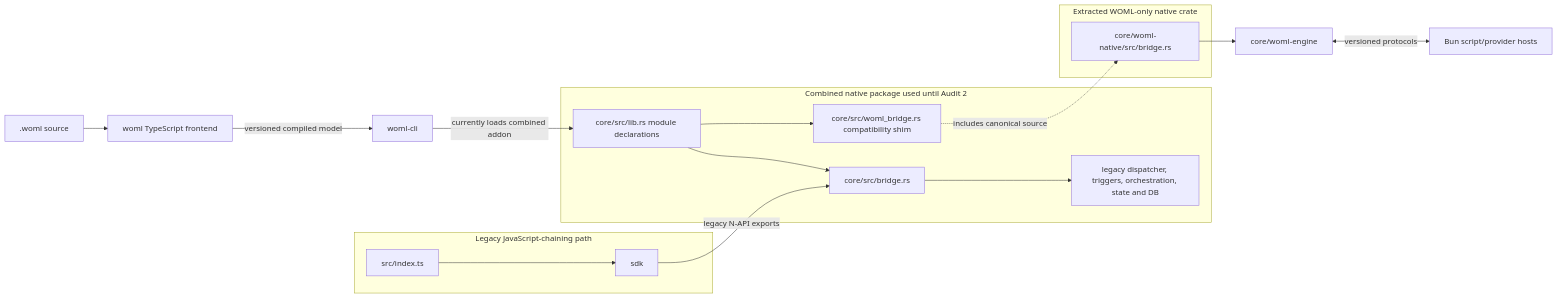
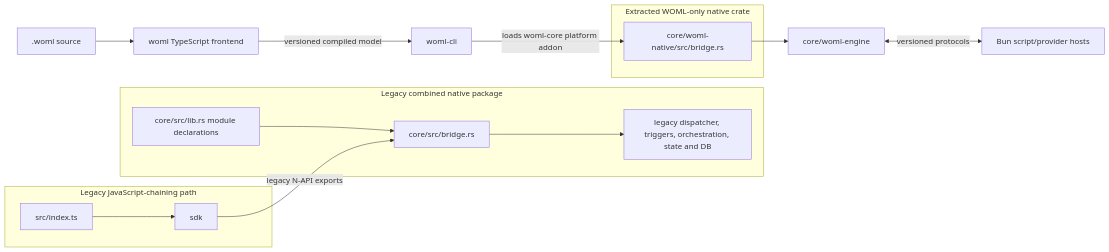
Before and after one commit to dali-benothmen/woml: the diagram in WOML Legacy Cronflow Core Audit and Removal Map.md, drawn with Mermaid. The commit also changed other lines of this file and 17 other files, not shown here.

Commit message:
feat: migrate WOML N-API adapter to core/woml-native and remove legacy compatibility shim

````diff
--- a/WOML Legacy Cronflow Core Audit and Removal Map.md
+++ b/WOML Legacy Cronflow Core Audit and Removal Map.md
@@ -71,39 +66,36 @@
 ```mermaid
 flowchart LR
   Source[.woml source]
   Frontend[woml TypeScript frontend]
   CLI[woml-cli]
 
-  subgraph Shell[Combined native package used until Audit 2]
+  subgraph Shell[Legacy combined native package]
     Lib[core/src/lib.rs module declarations]
-    Shim[core/src/woml_bridge.rs compatibility shim]
     LegacyBridge[core/src/bridge.rs]
     LegacyGraph[legacy dispatcher, triggers, orchestration, state and DB]
 
-    Lib --> Shim
     Lib --> LegacyBridge
     LegacyBridge --> LegacyGraph
   end
 
   subgraph Native[Extracted WOML-only native crate]
     Adapter[core/woml-native/src/bridge.rs]
   end
 
   Engine[core/woml-engine]
   Host[Bun script/provider hosts]
 
   Source --> Frontend
   Frontend -->|versioned compiled model| CLI
-  CLI -->|currently loads combined addon| Lib
-  Shim -. includes canonical source .-> Adapter
+  CLI -->|loads woml-core platform addon| Adapter
   Adapter --> Engine
   Engine <-->|versioned protocols| Host
 
   subgraph Legacy[Legacy JavaScript-chaining path]
     Public[src/index.ts]
     SDK[sdk]
 
     Public --> SDK
     SDK -->|legacy N-API exports| LegacyBridge
   end
 ```
````
